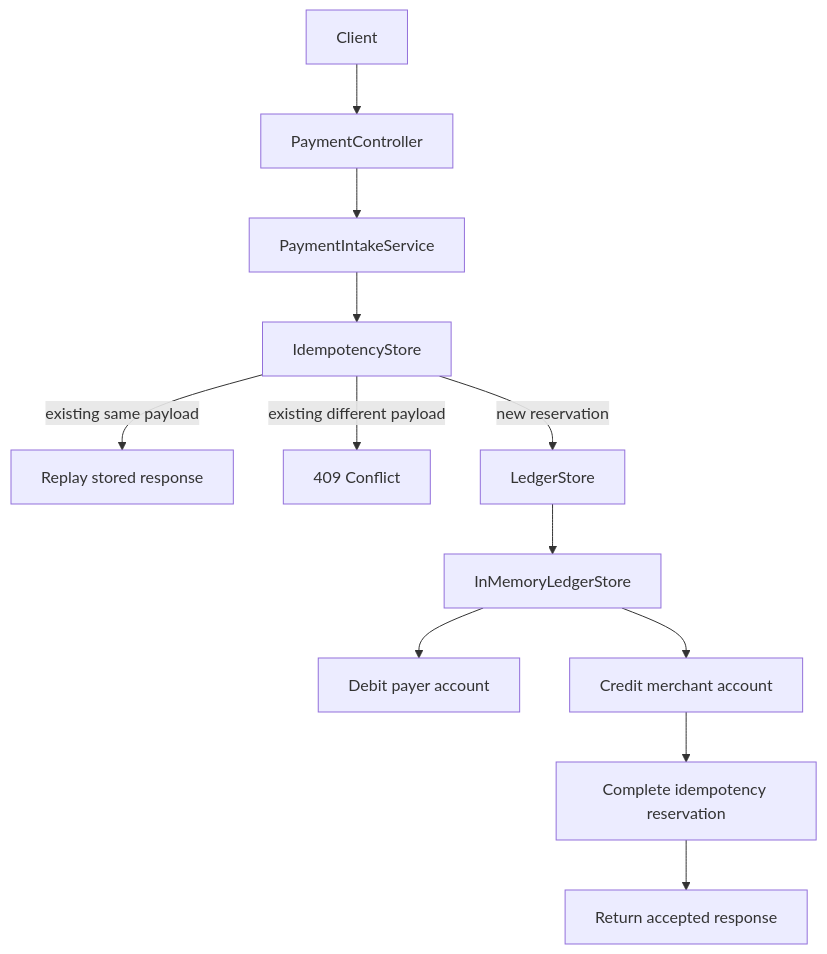
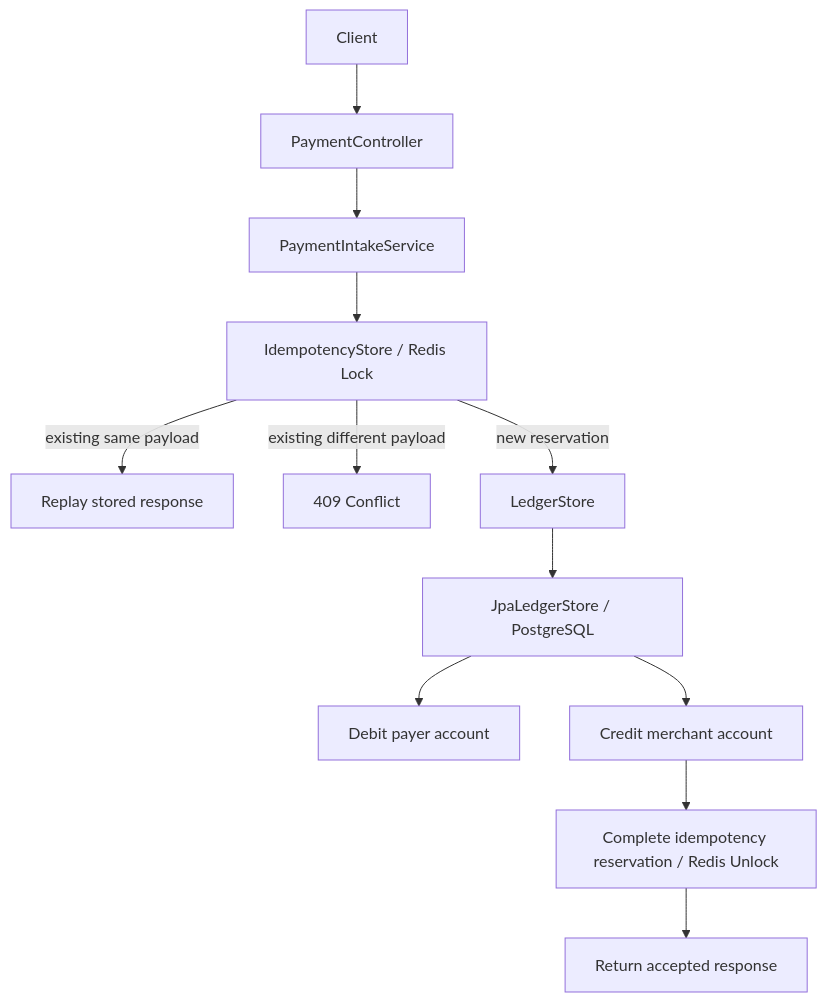
Before and after one commit to tuanhiep/infra: the diagram in system-design/idempotent-payment-ledger/docs/DESIGN_DOC.md, drawn with Mermaid. The commit also changed 11 other files, not shown here.

````diff
--- a/system-design/idempotent-payment-ledger/docs/DESIGN_DOC.md
+++ b/system-design/idempotent-payment-ledger/docs/DESIGN_DOC.md
@@ -61,14 +61,14 @@
 ```mermaid
 flowchart TD
     client[Client] --> api[PaymentController]
     api --> service[PaymentIntakeService]
-    service --> idem[IdempotencyStore]
-    idem -->|existing same payload| replay[Replay stored response]
-    idem -->|existing different payload| conflict[409 Conflict]
-    idem -->|new reservation| ledger[LedgerStore]
-    ledger --> infra[InMemoryLedgerStore]
-    infra --> debit[Debit payer account]
-    infra --> credit[Credit merchant account]
-    credit --> complete[Complete idempotency reservation]
+    service --> lock[IdempotencyStore / Redis Lock]
+    lock -->|existing same payload| replay[Replay stored response]
+    lock -->|existing different payload| conflict[409 Conflict]
+    lock -->|new reservation| ledger[LedgerStore]
+    ledger --> jpa[JpaLedgerStore / PostgreSQL]
+    jpa --> debit[Debit payer account]
+    jpa --> credit[Credit merchant account]
+    credit --> complete[Complete idempotency reservation / Redis Unlock]
     complete --> response[Return accepted response]
 ```
````
